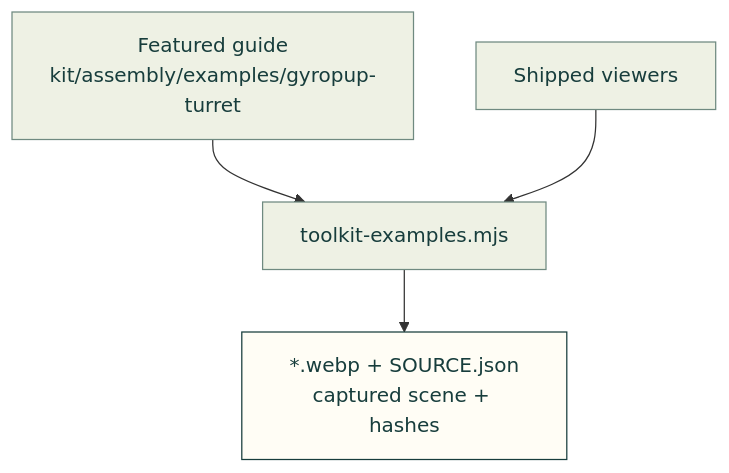
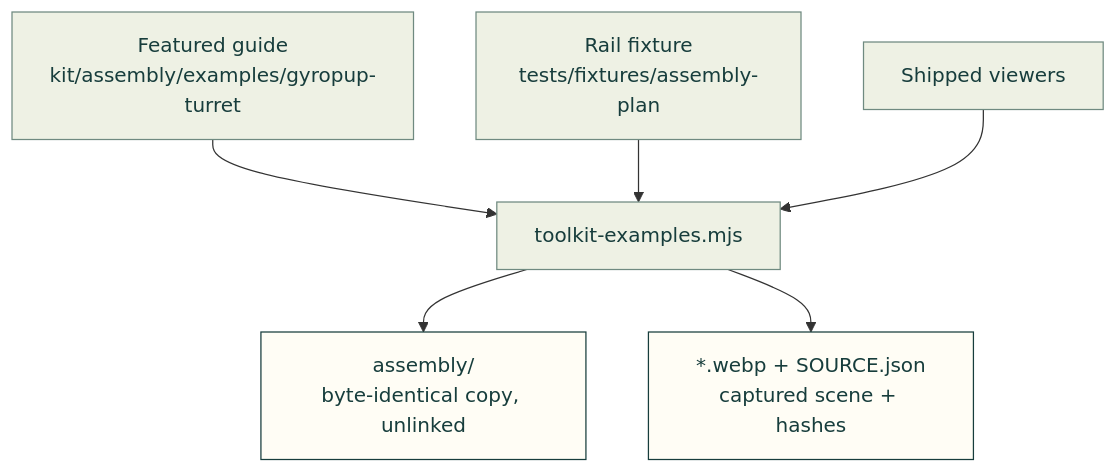
The diagram in tools/site/assets/toolkit/README.md (Valpatel/cad-agent), drawn with Mermaid before and after one commit. The commit also changed other lines of this file and 31 other files, not shown here.

````diff
--- a/tools/site/assets/toolkit/README.md
+++ b/tools/site/assets/toolkit/README.md
@@ -7,10 +7,12 @@
 ```mermaid
 flowchart TD
     E["Featured guide<br/>kit/assembly/examples/gyropup-turret"] --> G["toolkit-examples.mjs"]
+    F["Rail fixture<br/>tests/fixtures/assembly-plan"] --> G
+    G --> A["assembly/<br/>byte-identical copy, unlinked"]
     V["Shipped viewers"] --> G
     G --> P["*.webp + SOURCE.json<br/>captured scene + hashes"]
     classDef here fill:#fffdf5,stroke:#173d3c,color:#173d3c
     classDef near fill:#eef1e4,stroke:#6f8a80,color:#173d3c
-    class P here
-    class E,V,G near
+    class P,A here
+    class E,F,V,G near
 ```
````
